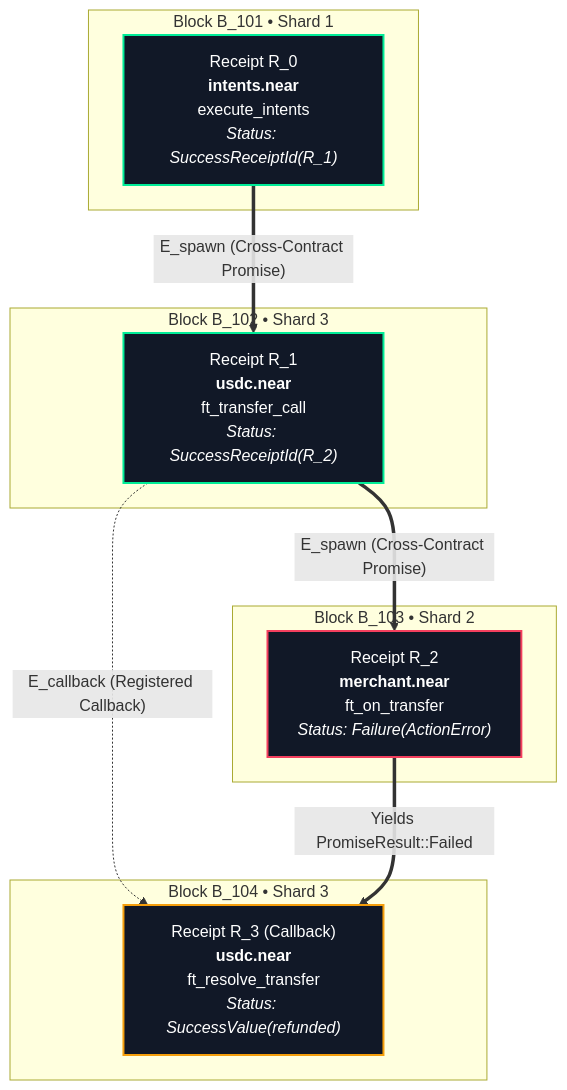
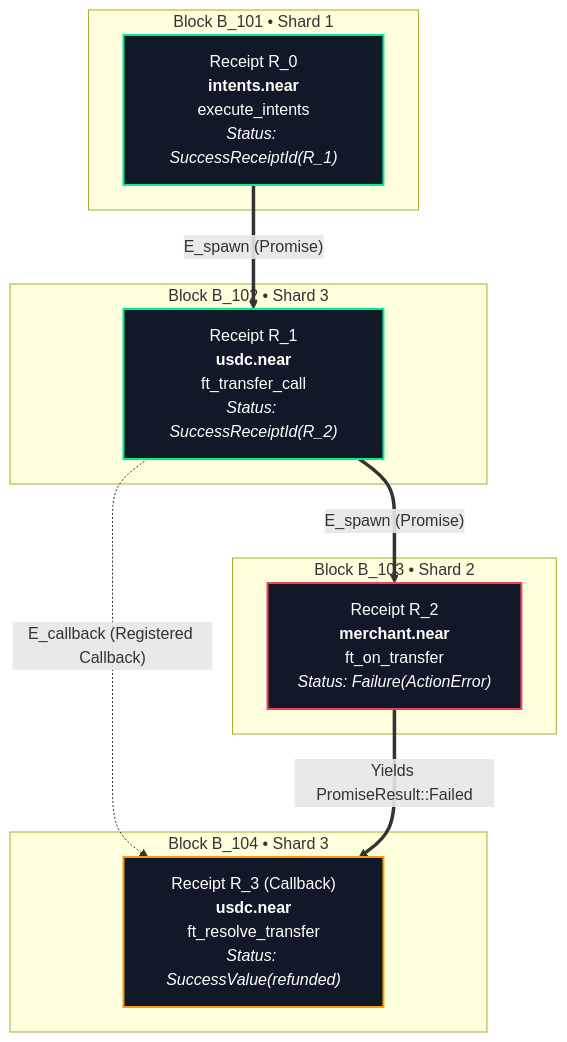
One commit to Team-Managed/NEARHook changed the second of 7 diagrams in whitepaper.md. Above: the diagram before and after it, drawn with Mermaid. The commit also changed other lines of this file and 4 other files, not shown here.

````diff
--- a/whitepaper.md
+++ b/whitepaper.md
@@ -103,28 +74,28 @@
 ```mermaid
 flowchart TD
     subgraph B101["Block B_101 • Shard 1"]
         R0["Receipt R_0<br/><b>intents.near</b><br/>execute_intents<br/><i>Status: SuccessReceiptId(R_1)</i>"]
     end
 
     subgraph B102["Block B_102 • Shard 3"]
         R1["Receipt R_1<br/><b>usdc.near</b><br/>ft_transfer_call<br/><i>Status: SuccessReceiptId(R_2)</i>"]
     end
 
     subgraph B103["Block B_103 • Shard 2"]
         R2["Receipt R_2<br/><b>merchant.near</b><br/>ft_on_transfer<br/><i>Status: Failure(ActionError)</i>"]
     end
 
     subgraph B104["Block B_104 • Shard 3"]
         R3["Receipt R_3 (Callback)<br/><b>usdc.near</b><br/>ft_resolve_transfer<br/><i>Status: SuccessValue(refunded)</i>"]
     end
 
-    R0 ==>|"E_spawn (Cross-Contract Promise)"| R1
-    R1 ==>|"E_spawn (Cross-Contract Promise)"| R2
+    R0 ==>|"E_spawn (Promise)"| R1
+    R1 ==>|"E_spawn (Promise)"| R2
     R1 -.->|"E_callback (Registered Callback)"| R3
     R2 ==>|"Yields PromiseResult::Failed"| R3
 
     style R0 fill:#111827,stroke:#00EC97,stroke-width:2px,color:#fff
     style R1 fill:#111827,stroke:#00EC97,stroke-width:2px,color:#fff
     style R2 fill:#111827,stroke:#F43F5E,stroke-width:2px,color:#fff
     style R3 fill:#111827,stroke:#F59E0B,stroke-width:2px,color:#fff
 ```
````
